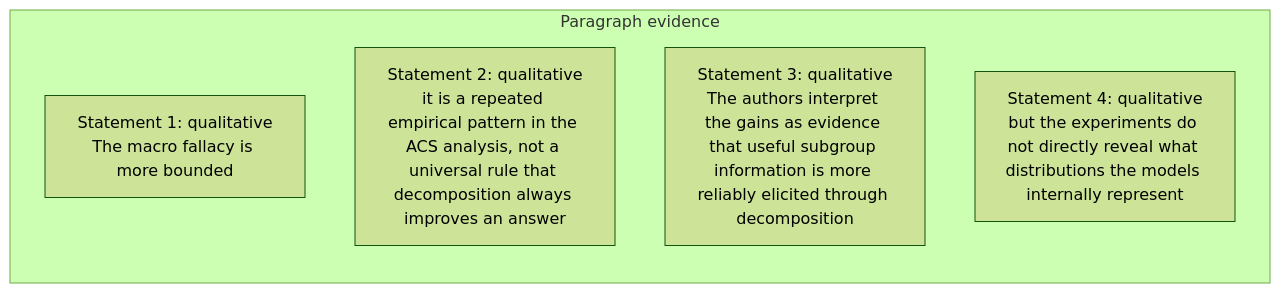
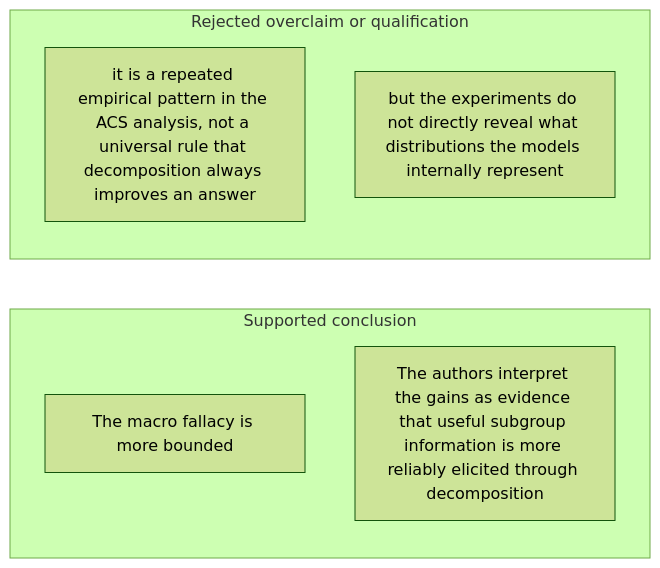
Diagram 46 of 48 in docs/visual-manifests/VISUAL_MANIFEST_PARTITION_PROMPT_AGGREGATE.md (Betancourt1/paper_atlas), drawn with Mermaid (forest theme) before and after one commit. The commit also changed other lines of this file and 7 other files, not shown here.

````diff
--- a/docs/visual-manifests/VISUAL_MANIFEST_PARTITION_PROMPT_AGGREGATE.md
+++ b/docs/visual-manifests/VISUAL_MANIFEST_PARTITION_PROMPT_AGGREGATE.md
@@ -3697,9 +3713,11 @@
 ```mermaid
 flowchart LR
-  subgraph p1["Paragraph evidence"]
-    p1r1["Statement 1: qualitative<br/>The macro fallacy is more bounded"]
-    p1r2["Statement 2: qualitative<br/>it is a repeated empirical pattern in the ACS analysis, not a universal rule that decomposition always improves an answer"]
-    p1r3["Statement 3: qualitative<br/>The authors interpret the gains as evidence that useful subgroup information is more reliably elicited through decomposition"]
-    p1r4["Statement 4: qualitative<br/>but the experiments do not directly reveal what distributions the models internally represent"]
+  subgraph g1["Supported conclusion"]
+    g1i1["The macro fallacy is more bounded"]
+    g1i2["The authors interpret the gains as evidence that useful subgroup information is more reliably elicited through decomposition"]
+  end
+  subgraph g2["Rejected overclaim or qualification"]
+    g2i1["it is a repeated empirical pattern in the ACS analysis, not a universal rule that decomposition always improves an answer"]
+    g2i2["but the experiments do not directly reveal what distributions the models internally represent"]
   end
 ```
````
